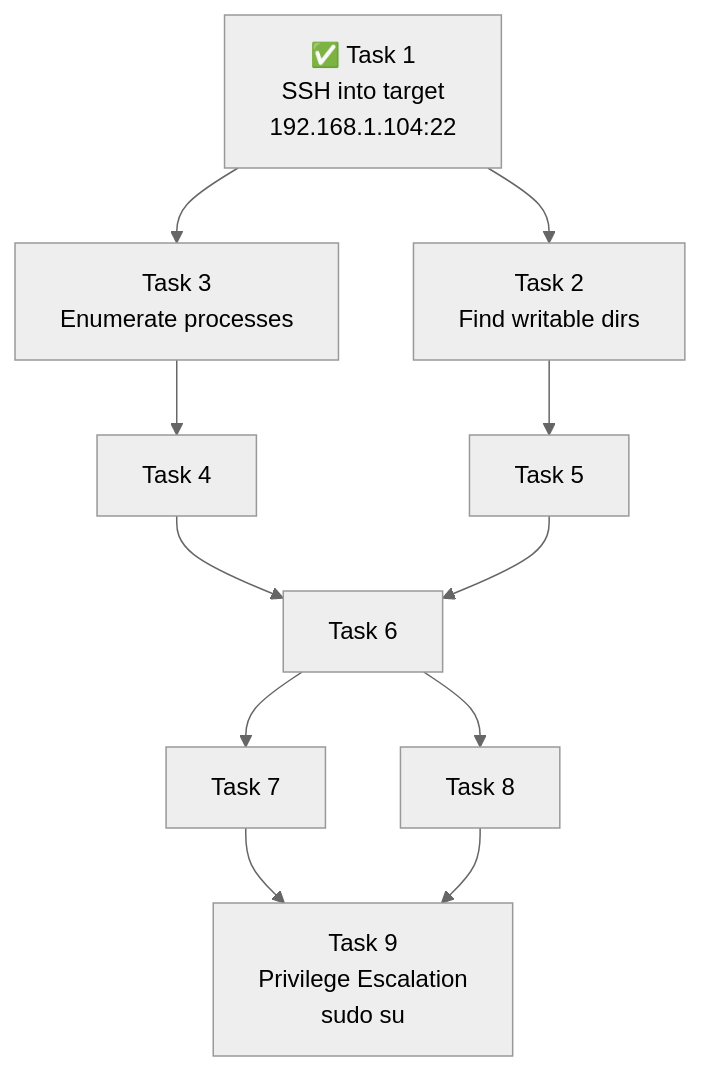
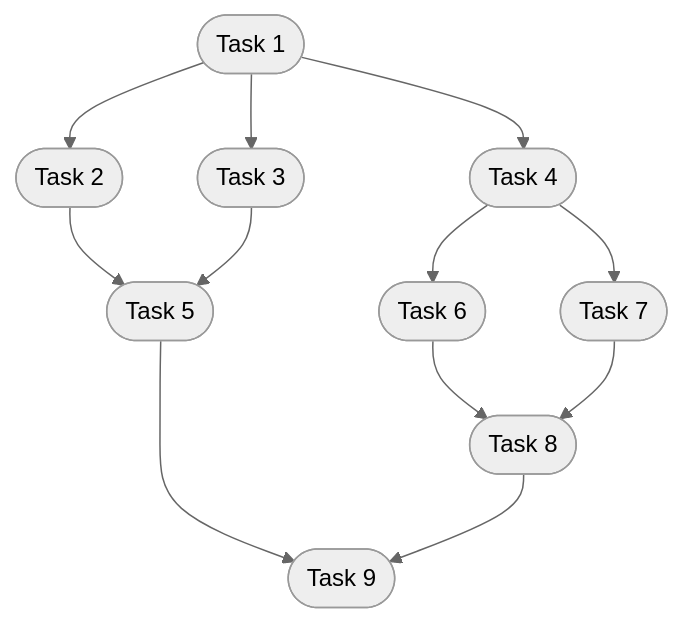
Before and after one commit to nishan-paul-2022/cmatrix-agentic-red-team: the third of 3 diagrams in docs/paper-research/md-downloaded-paper-curated/12-vulnbot-autonomous-penetration-testing-for-a-multi-agent.md, drawn with Mermaid (neutral theme). The commit also changed other lines of this file and 52 other files, not shown here.

````diff
--- a/docs/paper-research/md-downloaded-paper-curated/12-vulnbot-autonomous-penetration-testing-for-a-multi-agent.md
+++ b/docs/paper-research/md-downloaded-paper-curated/12-vulnbot-autonomous-penetration-testing-for-a-multi-agent.md
@@ -402,23 +241,20 @@
 ```mermaid
-flowchart TD
-    T1["✅ Task 1\nSSH into target\n192.168.1.104:22"]
-    T2["Task 2\nFind writable dirs"]
-    T3["Task 3\nEnumerate processes"]
-    T4["Task 4"]
-    T5["Task 5"]
-    T6["Task 6"]
-    T7["Task 7"]
-    T8["Task 8"]
-    T9["Task 9\nPrivilege Escalation\nsudo su"]
 
-    T1 --> T2
-    T1 --> T3
-    T2 --> T5
-    T3 --> T4
-    T4 --> T6
-    T5 --> T6
-    T6 --> T7
-    T6 --> T8
-    T7 --> T9
-    T8 --> T9
+graph TD
+    Task1([Task 1]) --> Task2([Task 2])
+    Task1 --> Task3([Task 3])
+    Task1 --> Task4([Task 4])
+    
+    Task2 --> Task5([Task 5])
+    Task3 --> Task5
+    
+    Task4 --> Task6([Task 6])
+    Task4 --> Task7([Task 7])
+    
+    Task6 --> Task8([Task 8])
+    Task7 --> Task8
+    
+    Task5 --> Task9([Task 9])
+    Task8 --> Task9
+    
 ```
````
